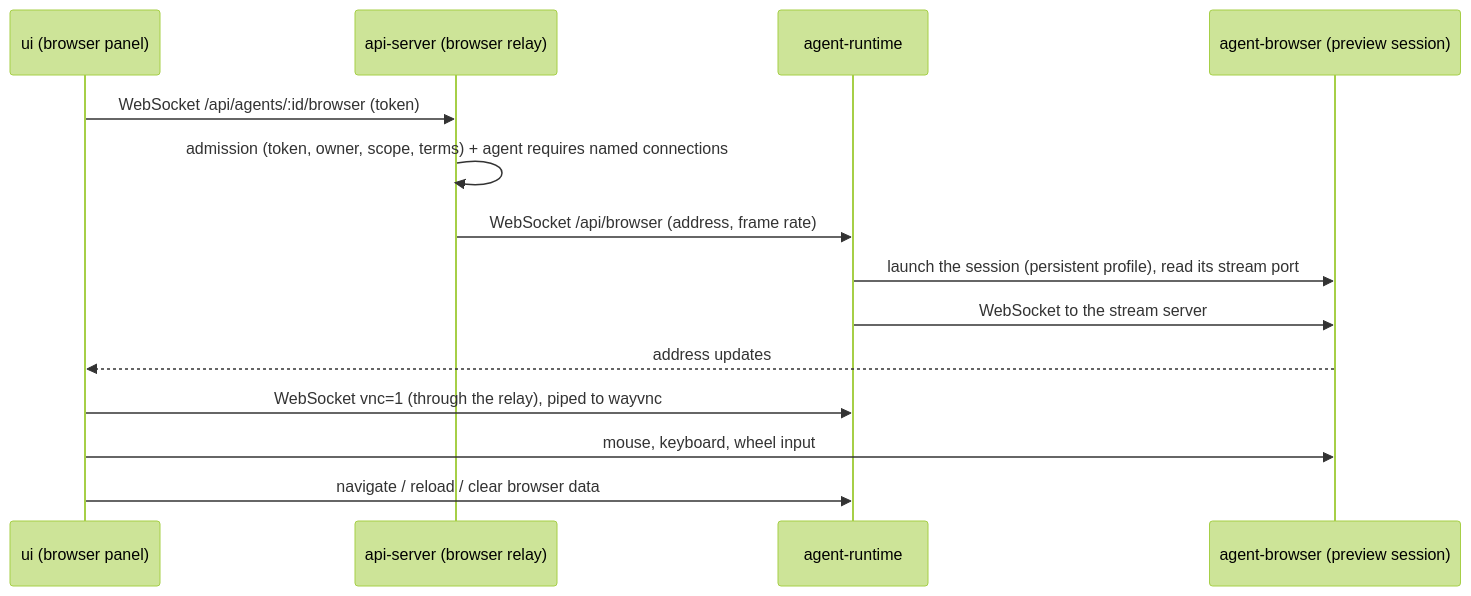
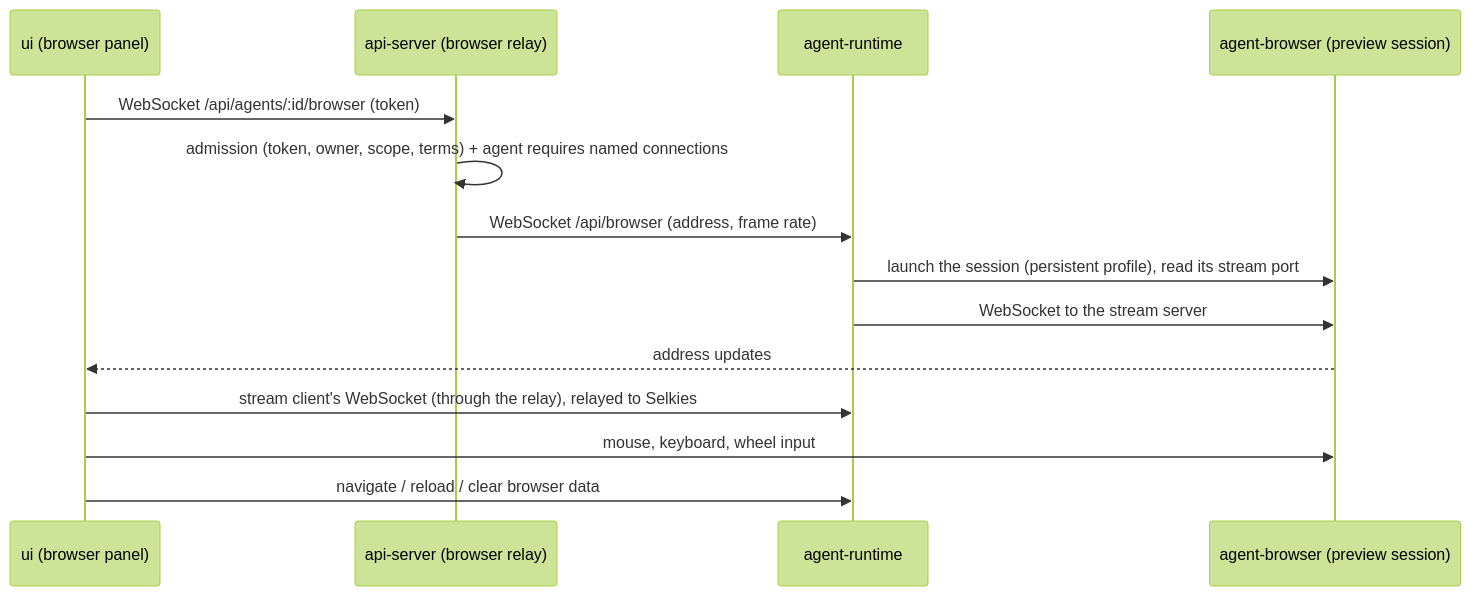
The diagram in docs/architecture/browser-panel.md (dam-agents/dam), drawn with Mermaid (forest theme) before and after one commit. The commit also changed other lines of this file and 25 other files, not shown here.

First line of the commit message:
feat(browser): stream the panel's browser with Selkies, built without GPL codecs

````diff
--- a/docs/architecture/browser-panel.md
+++ b/docs/architecture/browser-panel.md
@@ -37,16 +39,16 @@
 ```mermaid
 sequenceDiagram
   participant UI as ui (browser panel)
   participant API as api-server (browser relay)
   participant RT as agent-runtime
   participant AB as agent-browser (preview session)
   UI->>API: WebSocket /api/agents/:id/browser (token)
   API->>API: admission (token, owner, scope, terms) + agent requires named connections
   API->>RT: WebSocket /api/browser (address, frame rate)
   RT->>AB: launch the session (persistent profile), read its stream port
   RT->>AB: WebSocket to the stream server
   AB-->>UI: address updates
-  UI->>RT: WebSocket vnc=1 (through the relay), piped to wayvnc
+  UI->>RT: stream client's WebSocket (through the relay), relayed to Selkies
   UI->>AB: mouse, keyboard, wheel input
   UI->>RT: navigate / reload / clear browser data
 ```
````
